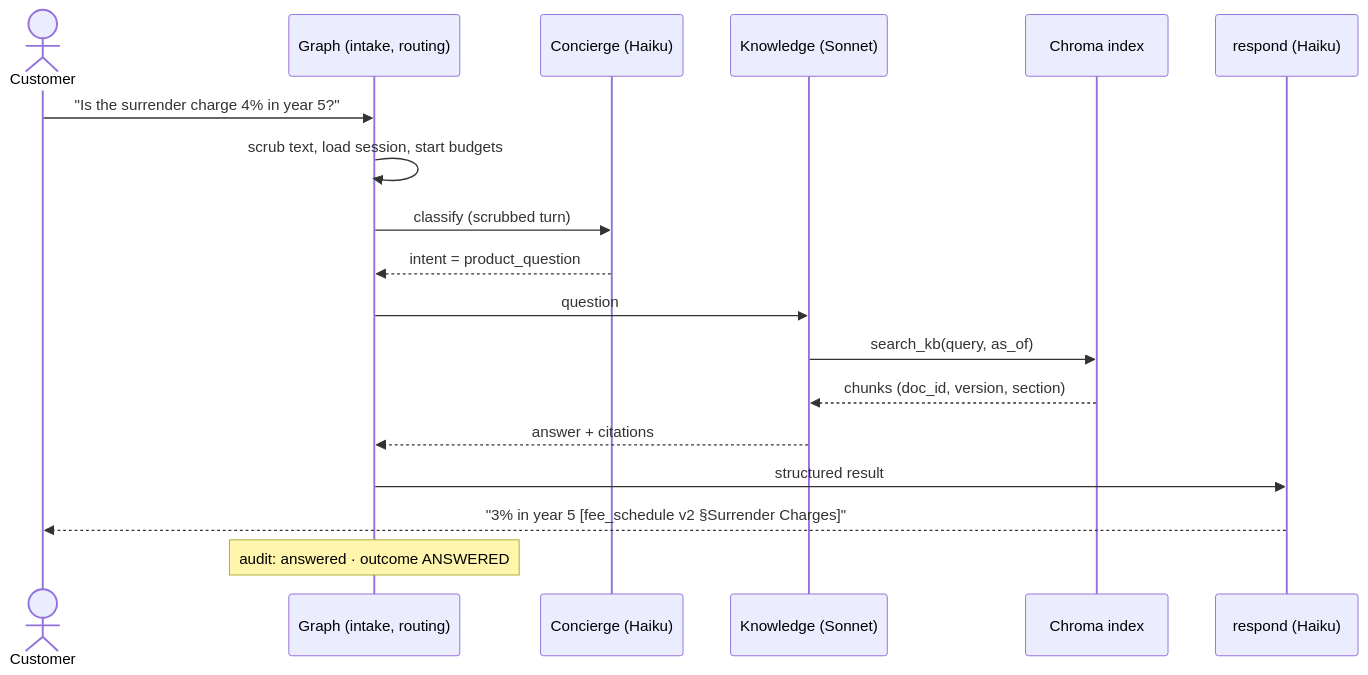
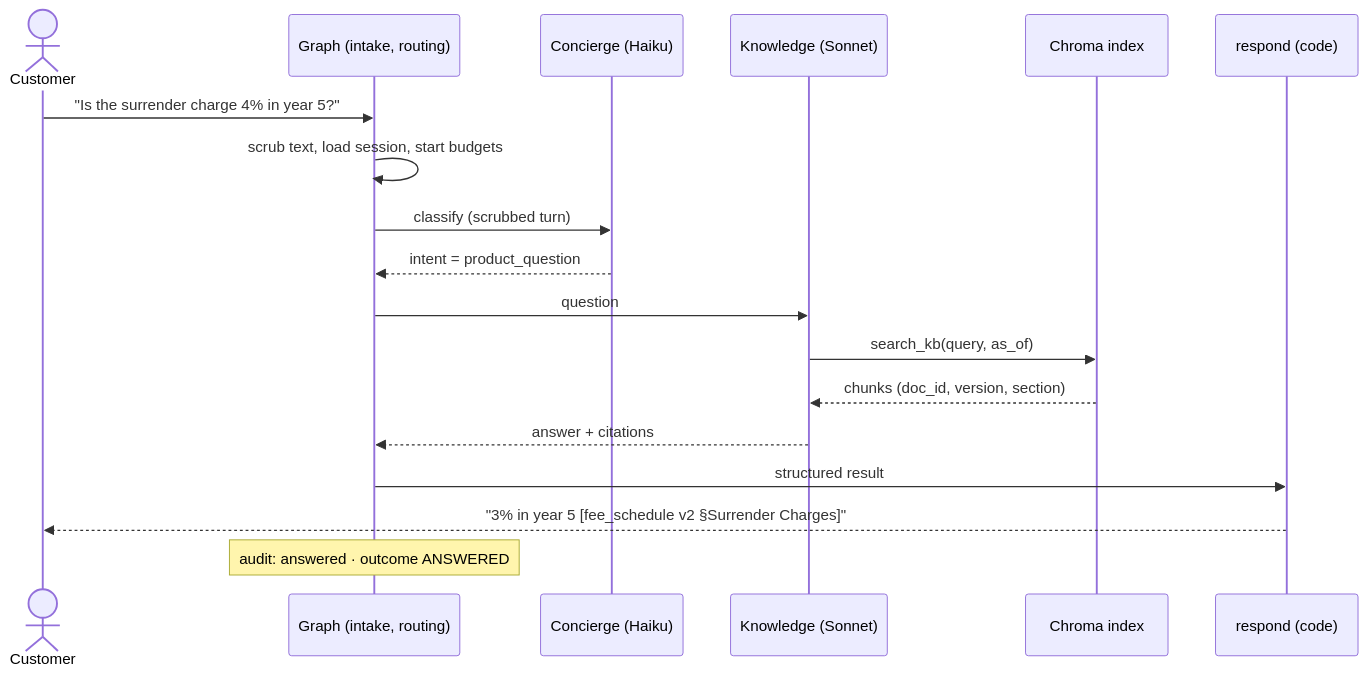
Before and after one commit to debudash/SPRServicingAgent: the second of 8 diagrams in docs/ARCHITECTURE.md, drawn with Mermaid. The commit also changed other lines of this file, not shown here.

First line of the commit message:
ARCHITECTURE.md: fix the two diagrams that did not render, and match the flows to the code

````diff
--- a/docs/ARCHITECTURE.md
+++ b/docs/ARCHITECTURE.md
@@ -175,20 +177,20 @@
 ```mermaid
 sequenceDiagram
     actor C as Customer
     participant G as Graph (intake, routing)
     participant CON as Concierge (Haiku)
     participant KN as Knowledge (Sonnet)
     participant KB as Chroma index
-    participant R as respond (Haiku)
+    participant R as respond (code)
     C->>G: "Is the surrender charge 4% in year 5?"
     G->>G: scrub text, load session, start budgets
     G->>CON: classify (scrubbed turn)
     CON-->>G: intent = product_question
     G->>KN: question
     KN->>KB: search_kb(query, as_of)
     KB-->>KN: chunks (doc_id, version, section)
     KN-->>G: answer + citations
     G->>R: structured result
     R-->>C: "3% in year 5 [fee_schedule v2 §Surrender Charges]"
     Note over G: audit: answered · outcome ANSWERED
 ```
````
